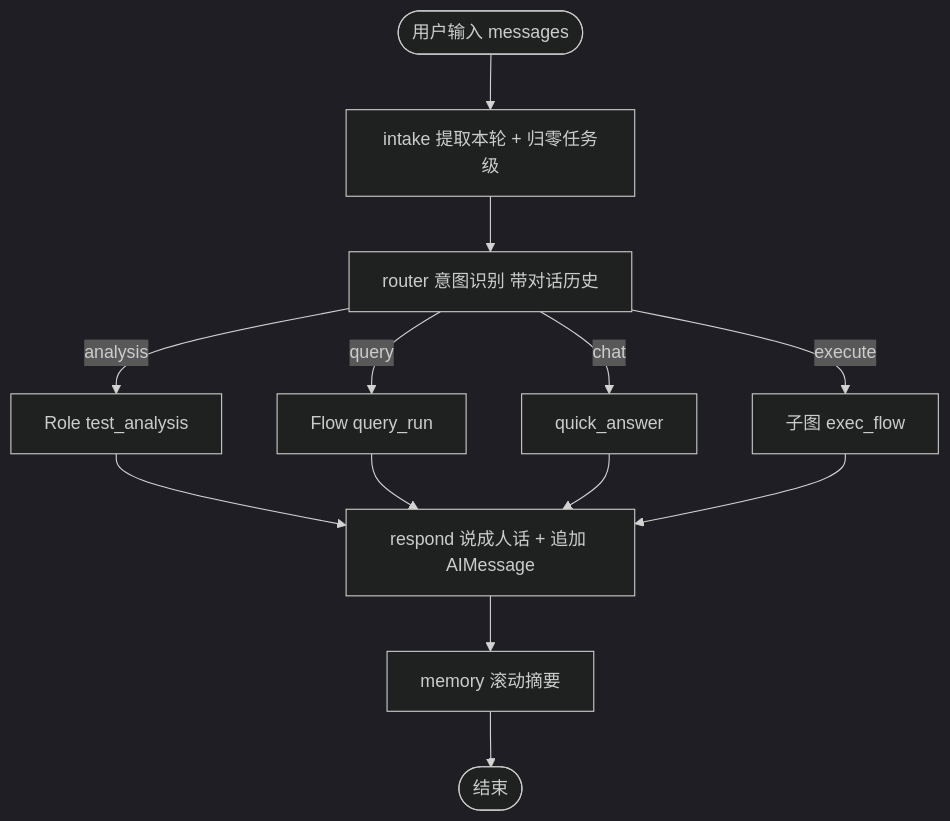
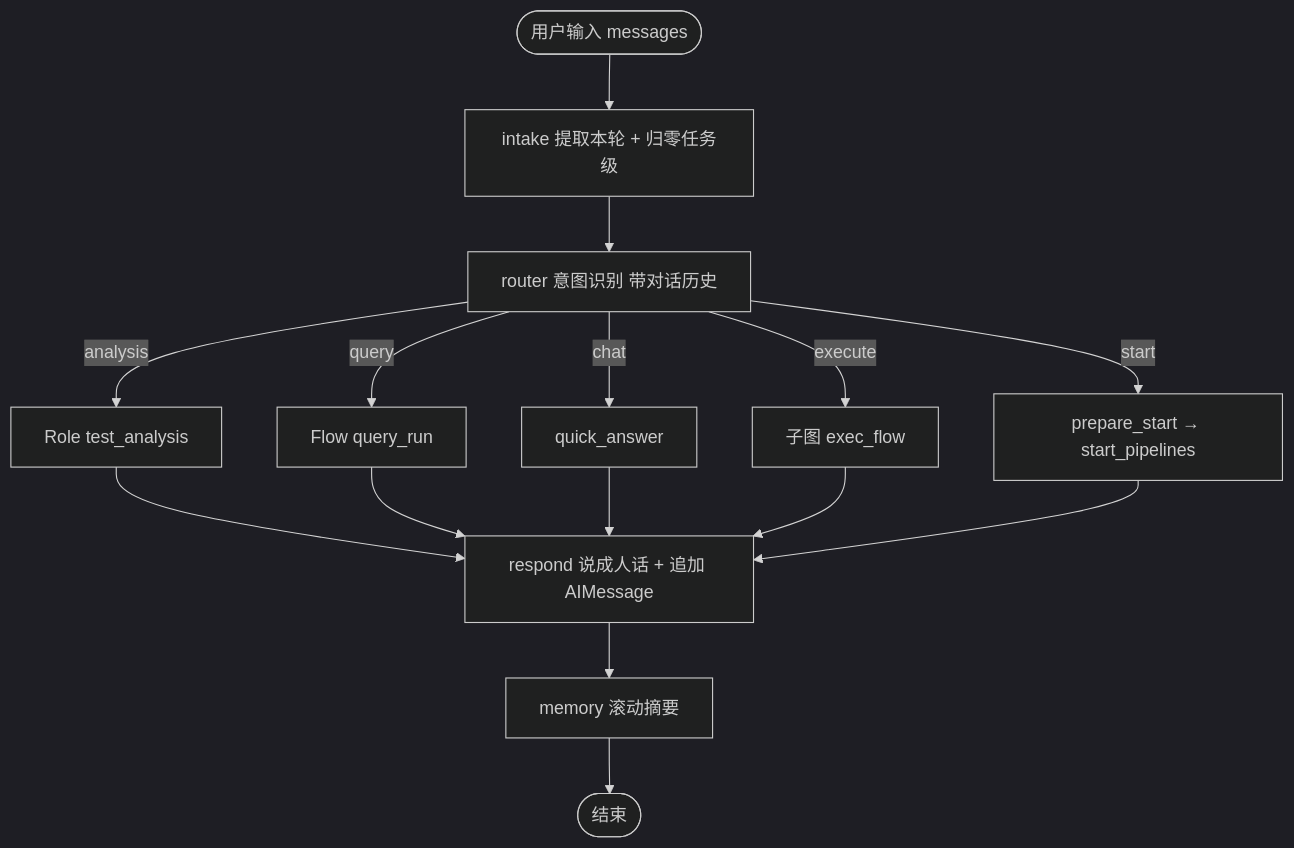
One commit to LuukkaToT/work_agent changed the second of 4 diagrams in docs/architecture.md. Above: the diagram before and after it, drawn with Mermaid (dark theme). The commit also changed other lines of this file and 28 other files, not shown here.

````diff
--- a/docs/architecture.md
+++ b/docs/architecture.md
@@ -110,17 +111,19 @@
 ```mermaid
 flowchart TD
   Start(["用户输入 messages"]) --> Intake["intake 提取本轮 + 归零任务级"]
   Intake --> Router["router 意图识别 带对话历史"]
   Router -->|"analysis"| Analysis["Role test_analysis"]
   Router -->|"execute"| ExecFlow["子图 exec_flow"]
+  Router -->|"start"| PrepareStart["prepare_start → start_pipelines"]
   Router -->|"query"| QueryRun["Flow query_run"]
   Router -->|"chat"| QuickAnswer["quick_answer"]
 
   Analysis --> Respond
   QueryRun --> Respond
   QuickAnswer --> Respond
   ExecFlow --> Respond
+  PrepareStart --> Respond
 
   Respond["respond 说成人话 + 追加 AIMessage"] --> Memory["memory 滚动摘要"]
   Memory --> Finish(["结束"])
 ```
````
